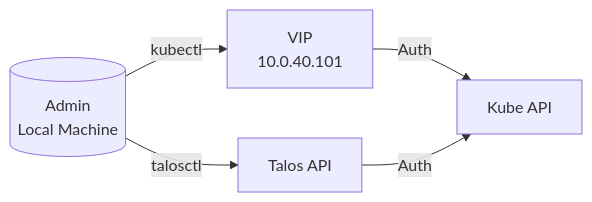
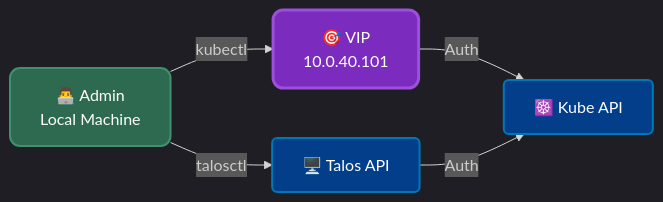
One commit to fabricesemti80/home-argo-cluster-2025 changed diagram 11 of 13 in docs/architecture.md. Above: the diagram before and after it, drawn with Mermaid. The commit also changed other lines of this file, not shown here.

First line of the commit message:
docs(architecture): add dark theme styling to Mermaid diagrams

````diff
--- a/docs/architecture.md
+++ b/docs/architecture.md
@@ -353,12 +438,18 @@
 ```mermaid
+%%{init: {'theme': 'dark'}}%%
 flowchart LR
-    Admin[("Admin<br/>Local Machine")]
-    VIP[VIP<br/>10.0.40.101]
-    API[Kube API]
-    Talos[Talos API]
+    %% Styles
+    classDef admin fill:#2d6a4f,stroke:#40916c,stroke-width:2px,color:#fff,rx:10
+    classDef vip fill:#7b2cbf,stroke:#9d4edd,stroke-width:3px,color:#fff,rx:10
+    classDef api fill:#023e8a,stroke:#0077b6,stroke-width:2px,color:#fff,rx:5
     
-    Admin -->|kubectl| VIP
-    Admin -->|talosctl| Talos
-    VIP -->|Auth| API
-    Talos -->|Auth| API
+    Admin["👨‍💻 Admin<br/>Local Machine"]:::admin
+    VIP["🎯 VIP<br/>10.0.40.101"]:::vip
+    API["☸️ Kube API"]:::api
+    Talos["🖥️ Talos API"]:::api
+    
+    Admin --"kubectl"--> VIP
+    Admin --"talosctl"--> Talos
+    VIP --"Auth"--> API
+    Talos --"Auth"--> API
 ```
````
